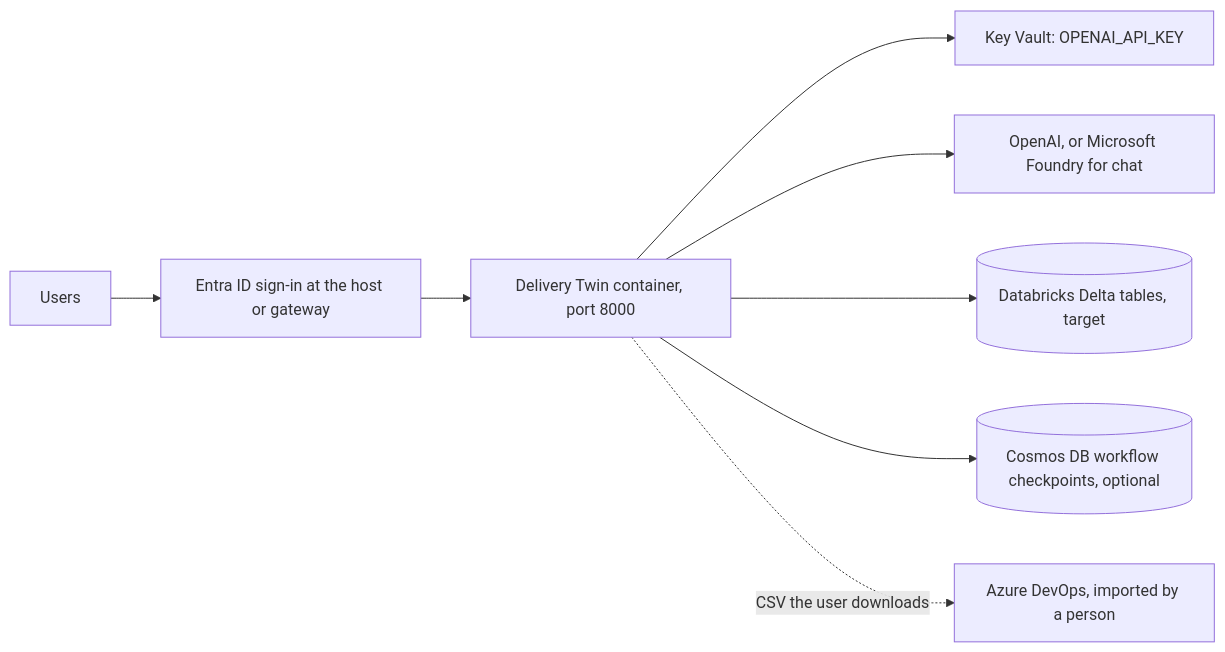
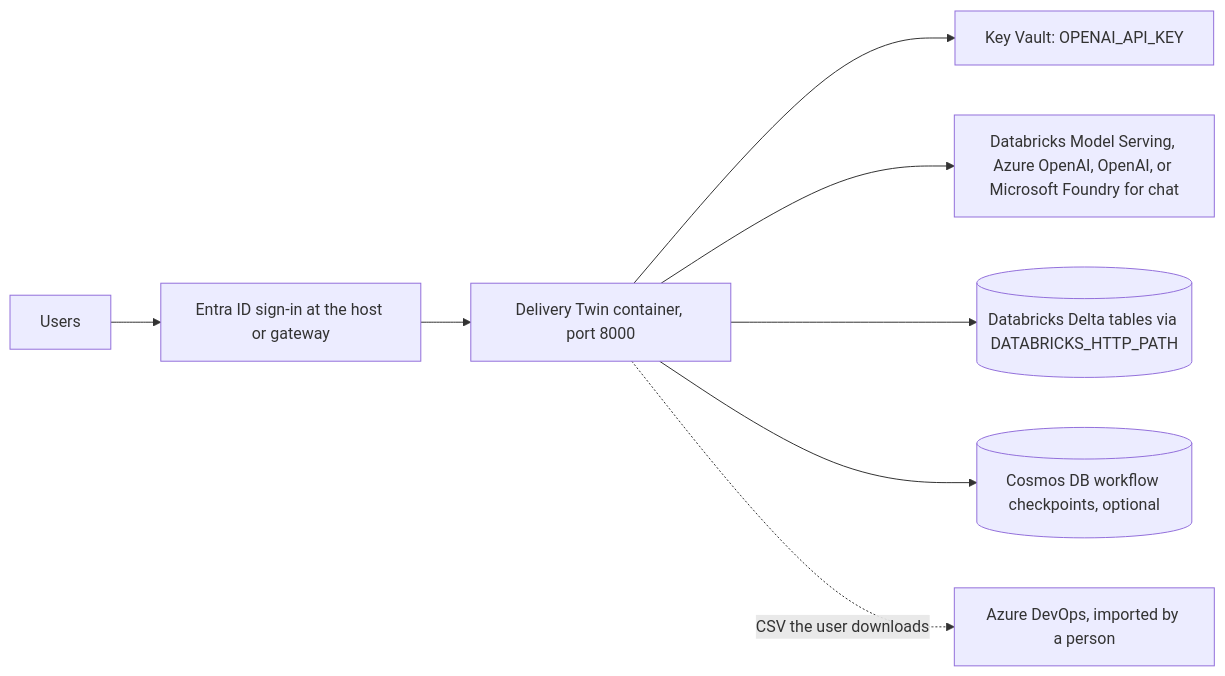
Before and after one commit to mskpairprogrammer/deliverytwin: the second of 2 diagrams in README.md, drawn with Mermaid. The commit also changed other lines of this file and 33 other files, not shown here.

````diff
--- a/README.md
+++ b/README.md
@@ -256,10 +300,10 @@
 ```mermaid
 flowchart LR
     U[Users] --> GW[Entra ID sign-in at the host or gateway]
     GW --> APP[Delivery Twin container, port 8000]
     APP --> KV[Key Vault: OPENAI_API_KEY]
-    APP --> AI[OpenAI, or Microsoft Foundry for chat]
-    APP --> DBX[(Databricks Delta tables, target)]
+    APP --> AI[Databricks Model Serving, Azure OpenAI, OpenAI, or Microsoft Foundry for chat]
+    APP --> DBX[(Databricks Delta tables via DATABRICKS_HTTP_PATH)]
     APP --> COSMOS[(Cosmos DB workflow checkpoints, optional)]
     APP -. CSV the user downloads .-> ADO[Azure DevOps, imported by a person]
 ```
````
